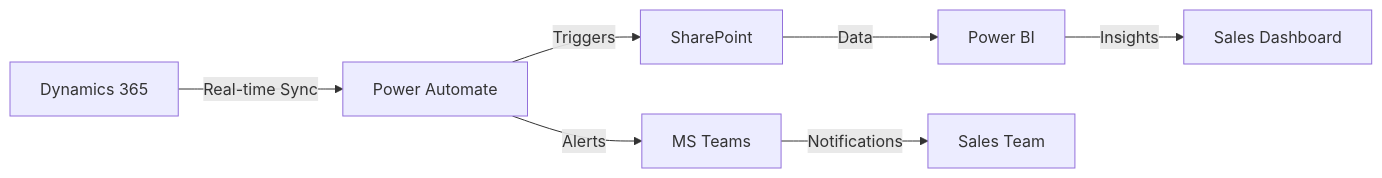
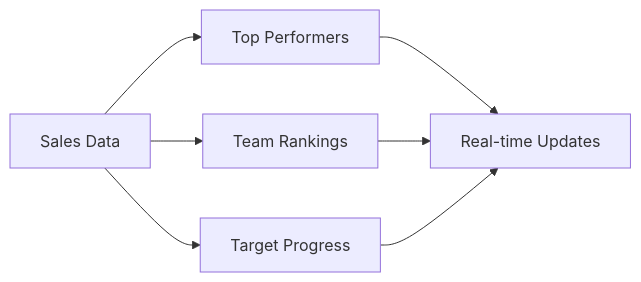
Before and after one commit to pavankakarrot/my-portfolio-website: the fourth of 6 diagrams in content/projects/powerbi/Index.md, drawn with Mermaid. The commit also changed other lines of this file, not shown here.

````diff
--- a/content/projects/powerbi/Index.md
+++ b/content/projects/powerbi/Index.md
@@ -256,9 +159,9 @@
 ```mermaid
 graph LR
-    A[Dynamics 365] -->|Real-time Sync| B[Power Automate]
-    B -->|Triggers| C[SharePoint]
-    B -->|Alerts| D[MS Teams]
-    C -->|Data| E[Power BI]
-    E -->|Insights| F[Sales Dashboard]
-    D -->|Notifications| G[Sales Team]
+    A[Sales Data] --> B[Top Performers]
+    A --> C[Team Rankings]
+    A --> D[Target Progress]
+    B --> E[Real-time Updates]
+    C --> E
+    D --> E
 ```
````
